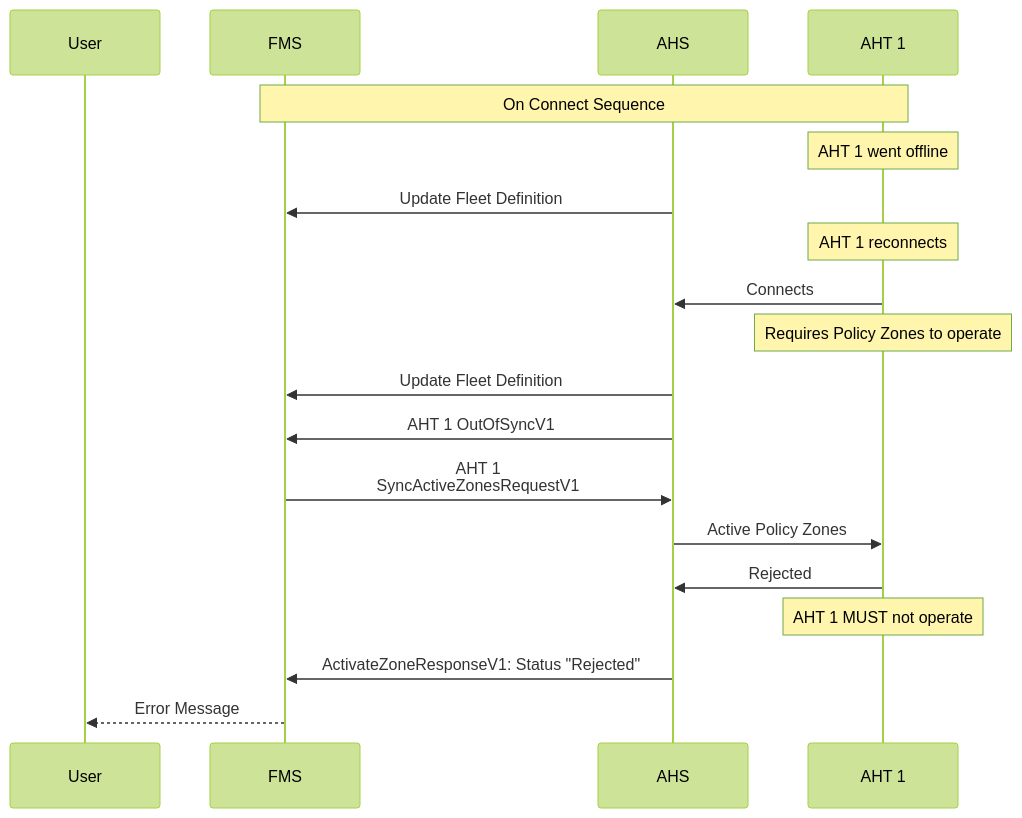
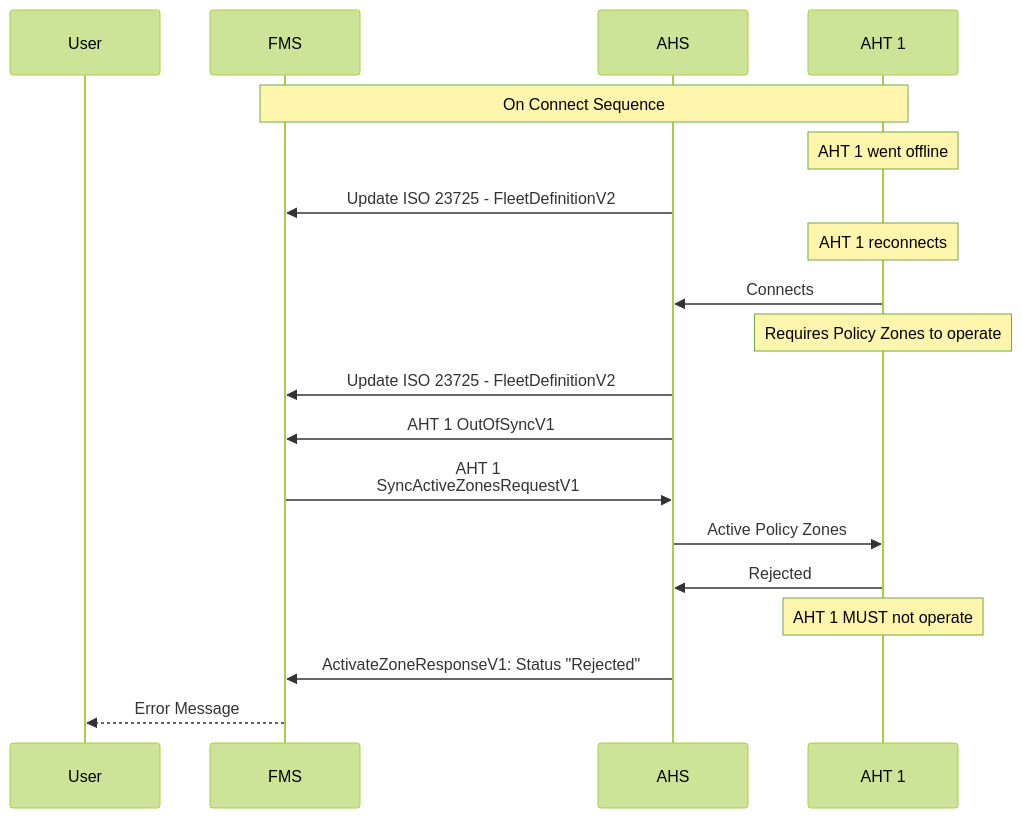
One commit to open-autonomy/zone changed the third of 3 diagrams in diagram/Resynchronisation.md. Above: the diagram before and after it, drawn with Mermaid (forest theme). The commit also changed other lines of this file and 3 other files, not shown here.

Commit message:
added initial on connect sequence

````diff
--- a/diagram/Resynchronisation.md
+++ b/diagram/Resynchronisation.md
@@ -103,31 +103,31 @@
 ```mermaid
 sequenceDiagram
     participant User
     participant FMS
     participant AHS
     participant AHT 1
 
     Note over FMS,AHT 1: On Connect Sequence
     Note over AHT 1: AHT 1 went offline
-    AHS->>FMS: Update Fleet Definition
+    AHS->>FMS: Update ISO 23725 - FleetDefinitionV2
 
     Note Over AHT 1: AHT 1 reconnects
 
     AHT 1->>AHS: Connects
     Note Over AHT 1: Requires Policy Zones to operate
-    AHS->>FMS: Update Fleet Definition
+    AHS->>FMS: Update ISO 23725 - FleetDefinitionV2
 
     AHS->>FMS: AHT 1 OutOfSyncV1
 
     FMS->>AHS: AHT 1 <br/> SyncActiveZonesRequestV1
     AHS->>AHT 1: Active Policy Zones
 
     AHT 1->>AHS: Rejected
 
     Note Over AHT 1: AHT 1 MUST not operate
 
     AHS->>FMS: ActivateZoneResponseV1: Status "Rejected"
 
     FMS-->>User: Error Message
 
 ```
````
